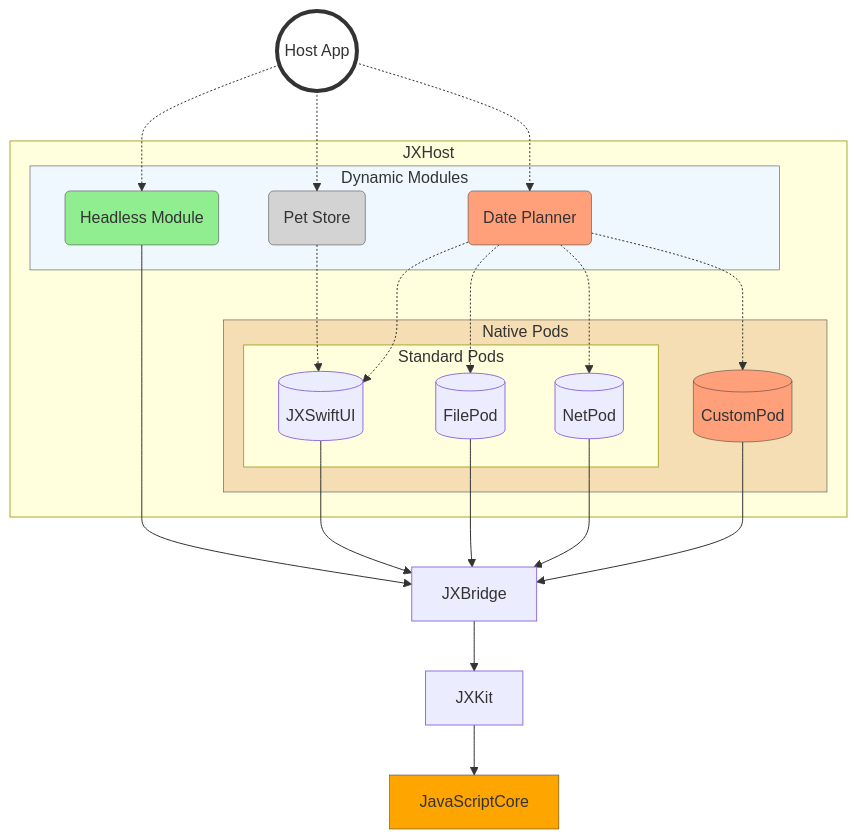
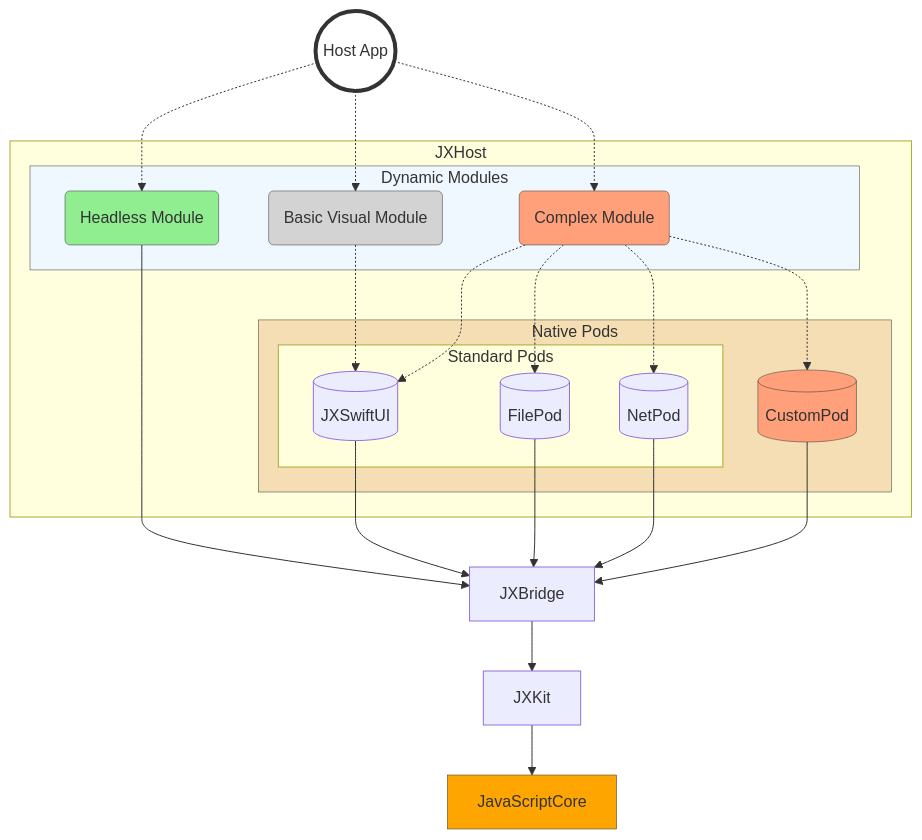
Before and after one commit to jectivex/JXHost: the diagram in README.md, drawn with Mermaid.

````diff
--- a/README.md
+++ b/README.md
@@ -4,67 +4,68 @@
 ```mermaid
 flowchart TB
     HostApp -.-> HeadlessModule
-    HostApp((Host App)) -.-> PetStoreModule
-    HostApp -.-> DatePlannerModule
+    HostApp((Host App)) -.-> BasicUIModule
+    HostApp -.-> ComplexModule
             
     subgraph JXHost
       subgraph Modules[Dynamic Modules]
         HeadlessModule(Headless Module)
-        PetStoreModule(Pet Store)
-        DatePlannerModule(Date Planner)
+        BasicUIModule(Basic Visual Module)
+        ComplexModule(Complex Module)
       end
       
       subgraph Pods[Native Pods]
         subgraph StandardPods[Standard Pods]
           SwiftUIPod[(JXSwiftUI)]
           FilePod[(FilePod)]
           NetPod[(NetPod)]
         end
         CustomPod[(CustomPod)]
       end
     end
     
     HeadlessModule --> JXBridge
 
-    PetStoreModule -.-> SwiftUIPod
+    BasicUIModule -.-> SwiftUIPod
     
-    DatePlannerModule -.-> SwiftUIPod
-    DatePlannerModule -.-> FilePod
-    DatePlannerModule -.-> NetPod
-    DatePlannerModule -.-> CustomPod
+    ComplexModule -.-> SwiftUIPod
+    ComplexModule -.-> FilePod
+    ComplexModule -.-> NetPod
+    ComplexModule -.-> CustomPod
 
     FilePod --> JXBridge
     NetPod --> JXBridge
     SwiftUIPod --> JXBridge
     CustomPod --> JXBridge
 
     JXBridge --> JXKit
     
     JXKit --> JavaScriptCore[JavaScriptCore]
 
 classDef HostApp fill:white,stroke:#333,stroke-width:4px
 class HostApp HostApp
 
-classDef PetStoreModule fill:lightgray,stroke:#333,stroke-width:0.5px
+classDef BasicUIModule fill:lightgray,stroke:#333,stroke-width:0.5px
+class BasicUIModule BasicUIModule
+
 classDef HeadlessModule fill:lightgreen,stroke:#333,stroke-width:0.5px
-classDef DatePlannerModule fill:lightsalmon,stroke:#333,stroke-width:0.5px
+class HeadlessModule HeadlessModule
 
-class PetStoreModule PetStoreModule
-class HeadlessModule HeadlessModule
-class DatePlannerModule DatePlannerModule
+classDef ComplexModule fill:lightsalmon,stroke:#333,stroke-width:0.5px
+class ComplexModule ComplexModule
 
 classDef CustomPod fill:lightsalmon,stroke:#333,stroke-width:0.5px
 class CustomPod CustomPod
 
 classDef Modules fill:aliceblue,stroke:#333,stroke-width:0.5px
 class Modules Modules
 
 classDef Pods fill:wheat,stroke:#333,stroke-width:0.5px
 class Pods Pods
 
 classDef JavaScriptCore fill:orange,stroke:#333,stroke-width:0.5px
 class JavaScriptCore JavaScriptCore
 
 class di orange
 
 ```
````
